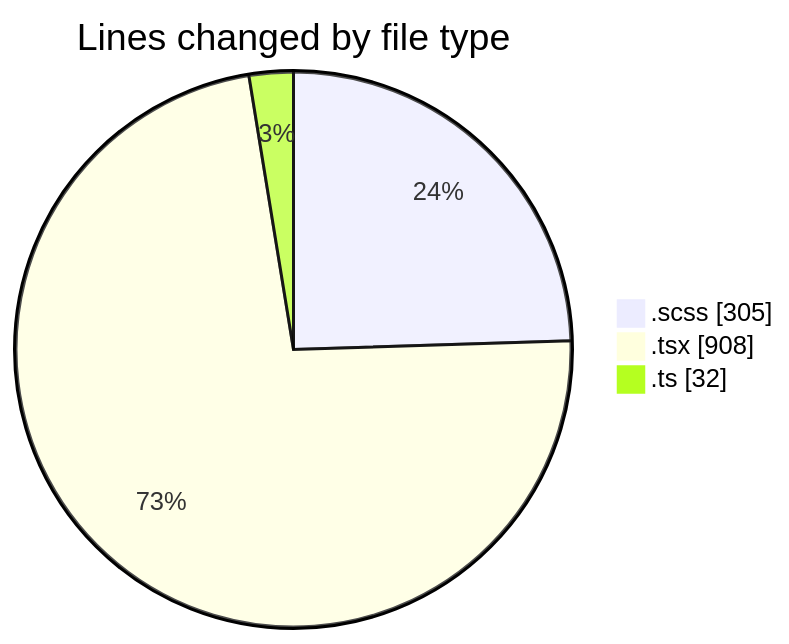
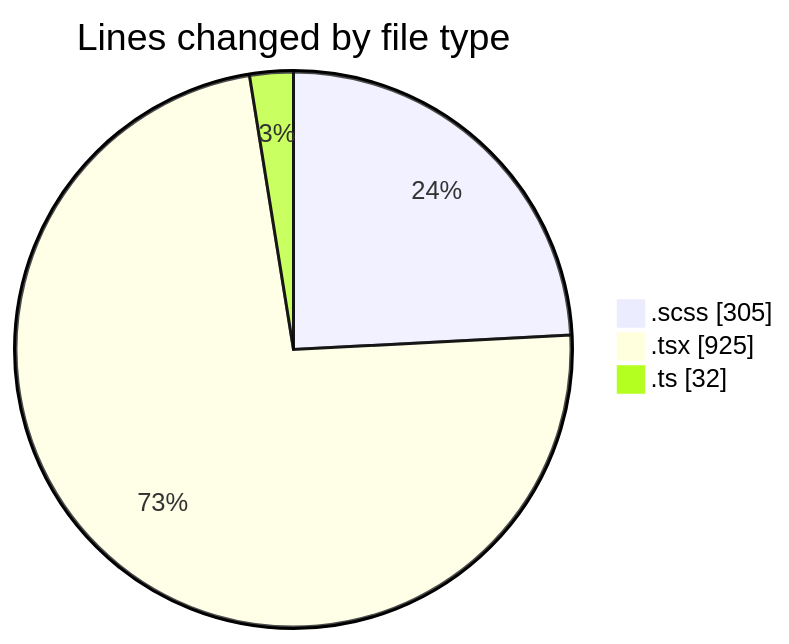
The first of 2 diagrams in 2025-03-04/cda/README.md (momahboobian/code-tracking), drawn with Mermaid before and after one commit. The commit also changed other lines of this file and 1 other file, not shown here.

````diff
--- a/2025-03-04/cda/README.md
+++ b/2025-03-04/cda/README.md
@@ -25,7 +25,7 @@
 ```mermaid
 pie showData
 title Lines changed by file type
 ".scss" : 305
-".tsx" : 908
+".tsx" : 925
 ".ts" : 32
 ```
````
